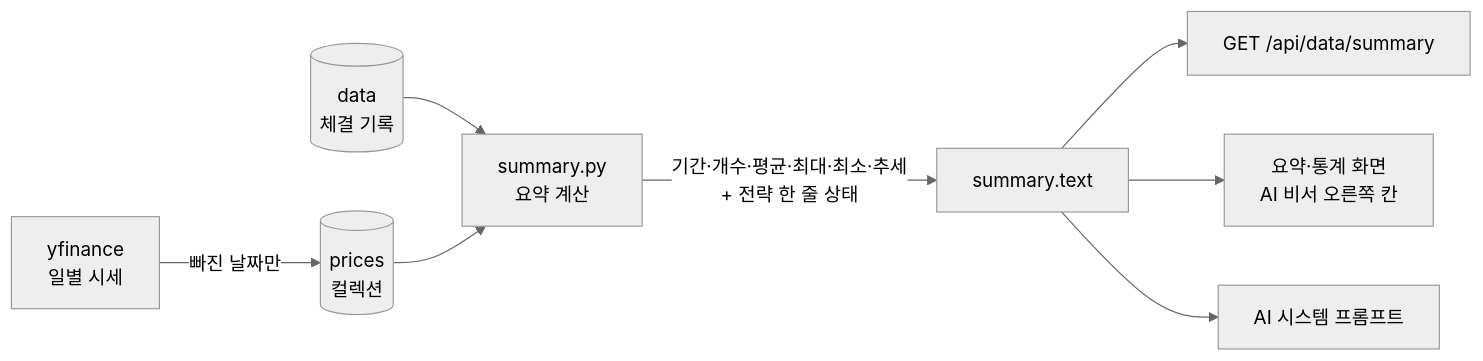
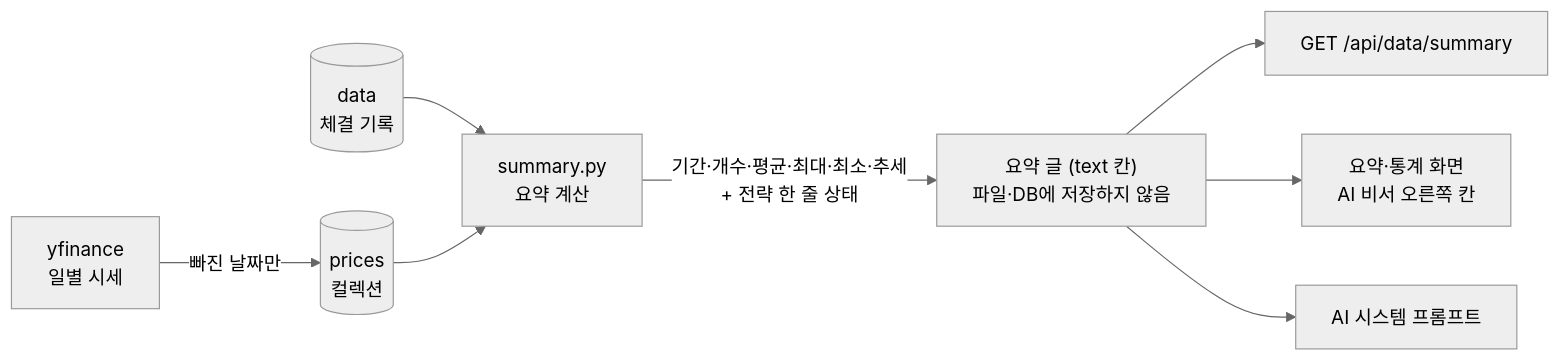
The sixth of 15 diagrams in README.md (goodday-min/Rule_Keeper), drawn with Mermaid (neutral theme) before and after one commit. The commit also changed other lines of this file, not shown here.

Commit message:
README: 요약 글(text) 설명 보완

````diff
--- a/README.md
+++ b/README.md
@@ -660,10 +660,10 @@
 ```mermaid
 flowchart LR
     Y[yfinance<br/>일별 시세] -->|빠진 날짜만| P[(prices<br/>컬렉션)]
     D[(data<br/>체결 기록)] --> SM
     P --> SM[summary.py<br/>요약 계산]
-    SM -->|기간·개수·평균·최대·최소·추세<br/>+ 전략 한 줄 상태| T["summary.text"]
+    SM -->|기간·개수·평균·최대·최소·추세<br/>+ 전략 한 줄 상태| T["요약 글 (text 칸)<br/>파일·DB에 저장하지 않음"]
     T --> A["GET /api/data/summary"]
     T --> B[요약·통계 화면<br/>AI 비서 오른쪽 칸]
     T --> C[AI 시스템 프롬프트]
 ```
````
